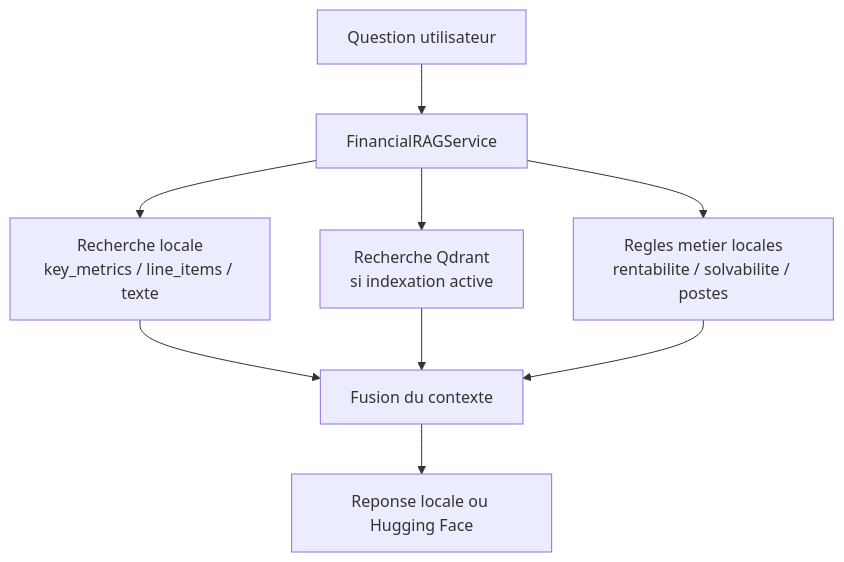
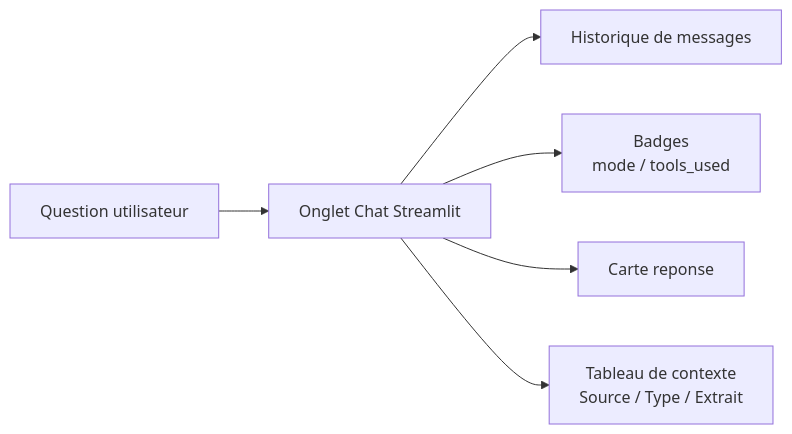
Before and after one commit to Mohazem/IC-FS: the third of 3 diagrams in README.md, drawn with Mermaid. The commit also changed other lines of this file and 1 other file, not shown here.

Commit message:
Refresh chat UI and architecture docs

````diff
--- a/README.md
+++ b/README.md
@@ -66,11 +93,8 @@
 ```mermaid
-flowchart TD
-    Q["Question utilisateur"] --> C["FinancialRAGService"]
-    C --> C1["Recherche locale<br/>key_metrics / line_items / texte"]
-    C --> C2["Recherche Qdrant<br/>si indexation active"]
-    C --> C3["Regles metier locales<br/>rentabilite / solvabilite / postes"]
-    C1 --> M["Fusion du contexte"]
-    C2 --> M
-    C3 --> M
-    M --> A["Reponse locale ou Hugging Face"]
+flowchart LR
+    U["Question utilisateur"] --> UI["Onglet Chat Streamlit"]
+    UI --> MSG["Historique de messages"]
+    UI --> BADGES["Badges<br/>mode / tools_used"]
+    UI --> ANSWER["Carte reponse"]
+    UI --> CTX["Tableau de contexte<br/>Source / Type / Extrait"]
 ```
````
